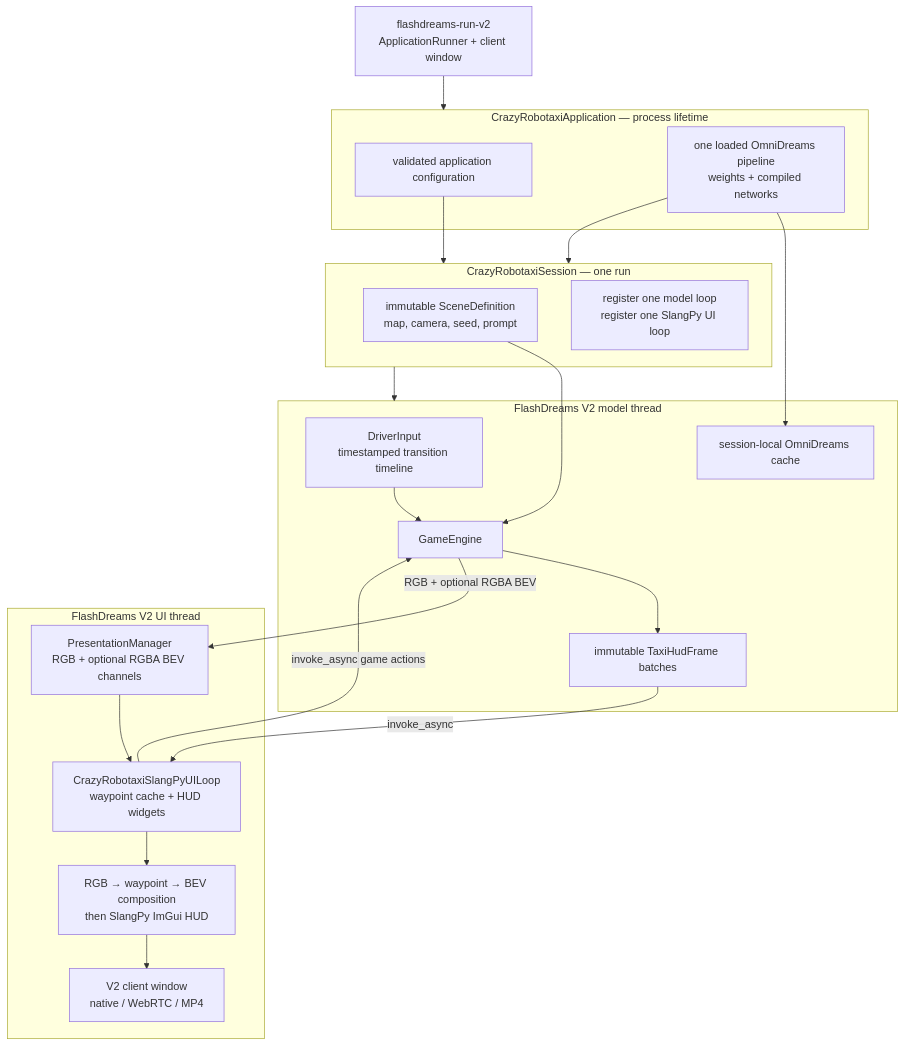
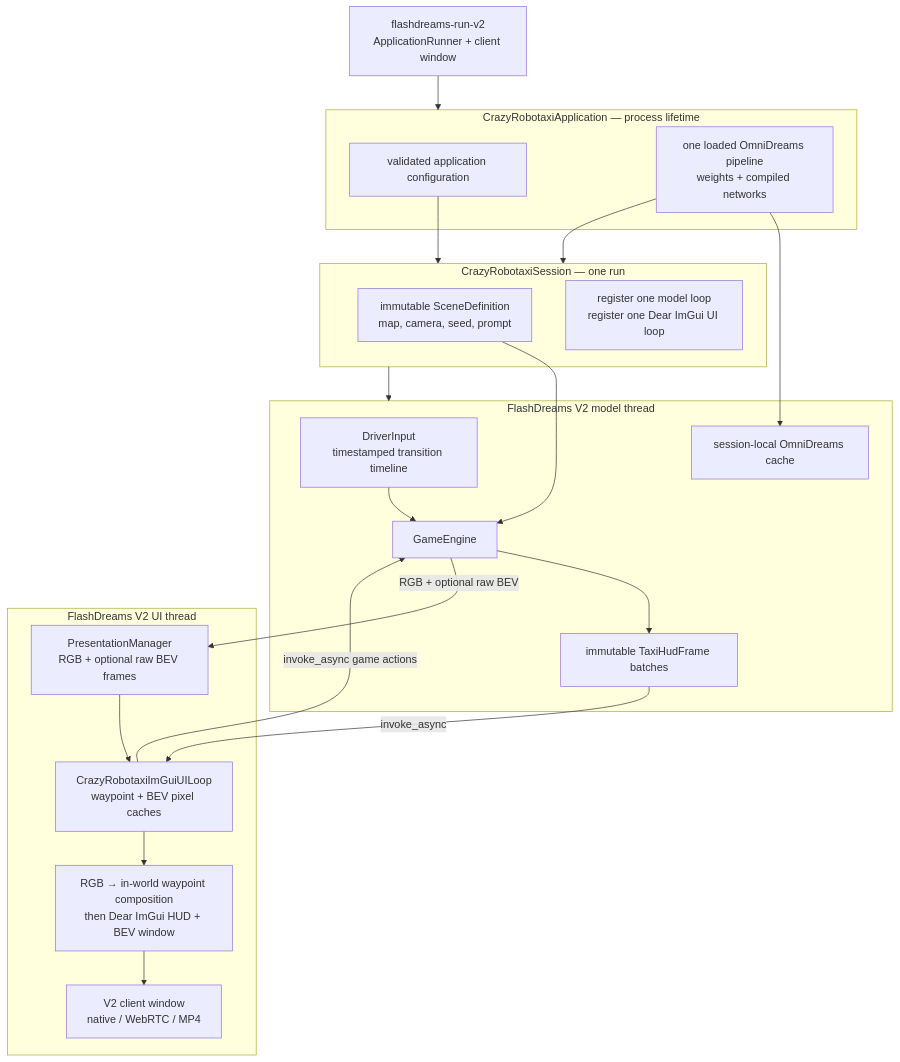
One commit to NVIDIA/flashdreams changed the first of 6 diagrams in docs/design/crazy_robotaxi_v2_architecture.md. Above: the diagram before and after it, drawn with Mermaid. The commit also changed other lines of this file and 9 other files, not shown here.

Commit message:
Add Dear ImGui UI support

````diff
--- a/docs/design/crazy_robotaxi_v2_architecture.md
+++ b/docs/design/crazy_robotaxi_v2_architecture.md
@@ -30,41 +30,41 @@
 ```mermaid
 flowchart TD
     HOST["flashdreams-run-v2<br/>ApplicationRunner + client window"]
 
     subgraph APP["CrazyRobotaxiApplication — process lifetime"]
         ARGS["validated application configuration"]
         PIPELINE["one loaded OmniDreams pipeline<br/>weights + compiled networks"]
     end
 
     subgraph SESSION["CrazyRobotaxiSession — one run"]
         SCENE["immutable SceneDefinition<br/>map, camera, seed, prompt"]
-        REG["register one model loop<br/>register one SlangPy UI loop"]
+        REG["register one model loop<br/>register one Dear ImGui UI loop"]
     end
 
     subgraph MODELTHREAD["FlashDreams V2 model thread"]
         INPUT["DriverInput<br/>timestamped transition timeline"]
         ENGINE["GameEngine"]
         CACHE["session-local OmniDreams cache"]
         HUDSTATE["immutable TaxiHudFrame batches"]
     end
 
     subgraph UITHREAD["FlashDreams V2 UI thread"]
-        BUFFER["PresentationManager<br/>RGB + optional RGBA BEV channels"]
-        HUD["CrazyRobotaxiSlangPyUILoop<br/>waypoint cache + HUD widgets"]
-        COMPOSE["RGB → waypoint → BEV composition<br/>then SlangPy ImGui HUD"]
+        BUFFER["PresentationManager<br/>RGB + optional raw BEV frames"]
+        HUD["CrazyRobotaxiImGuiUILoop<br/>waypoint + BEV pixel caches"]
+        COMPOSE["RGB → in-world waypoint composition<br/>then Dear ImGui HUD + BEV window"]
         WINDOW["V2 client window<br/>native / WebRTC / MP4"]
     end
 
     HOST --> APP
     ARGS --> SESSION
     PIPELINE --> SESSION
     SESSION --> MODELTHREAD
     SCENE --> ENGINE
     PIPELINE --> CACHE
     INPUT --> ENGINE
     ENGINE --> HUDSTATE
-    ENGINE -->|"RGB + optional RGBA BEV"| BUFFER
+    ENGINE -->|"RGB + optional raw BEV"| BUFFER
     HUDSTATE -->|"invoke_async"| HUD
     HUD -->|"invoke_async game actions"| ENGINE
     BUFFER --> HUD --> COMPOSE --> WINDOW
 ```
````
